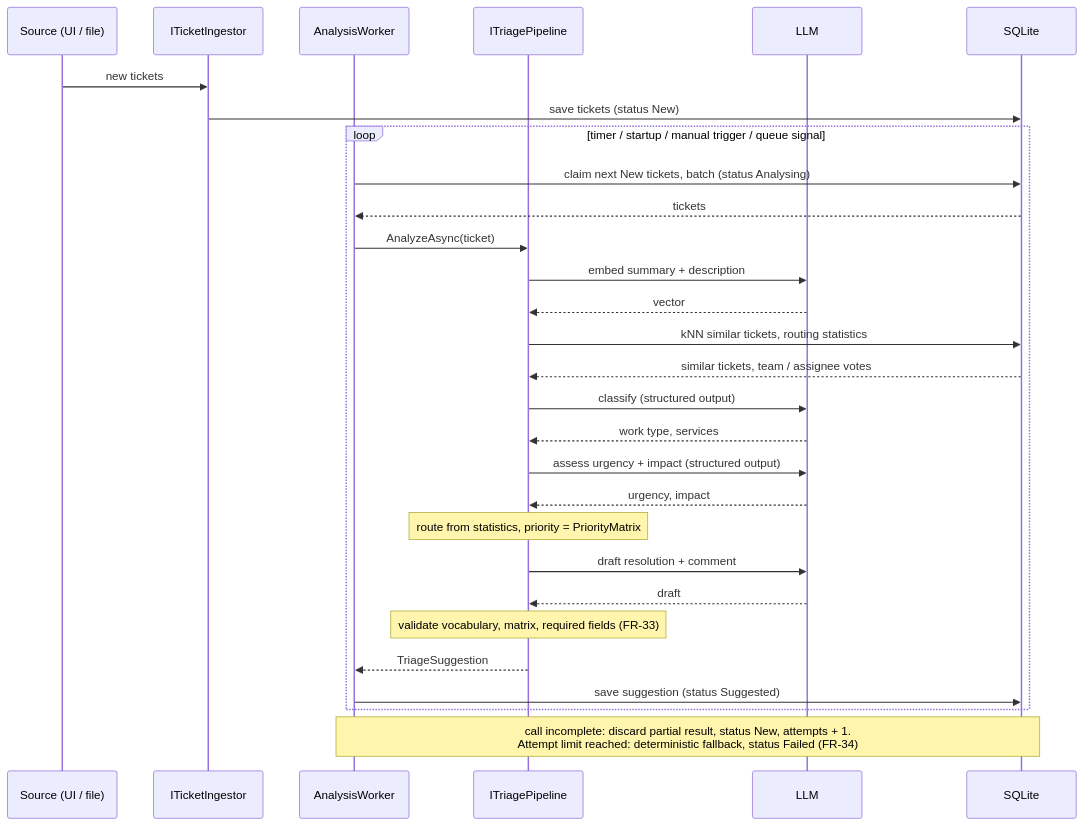
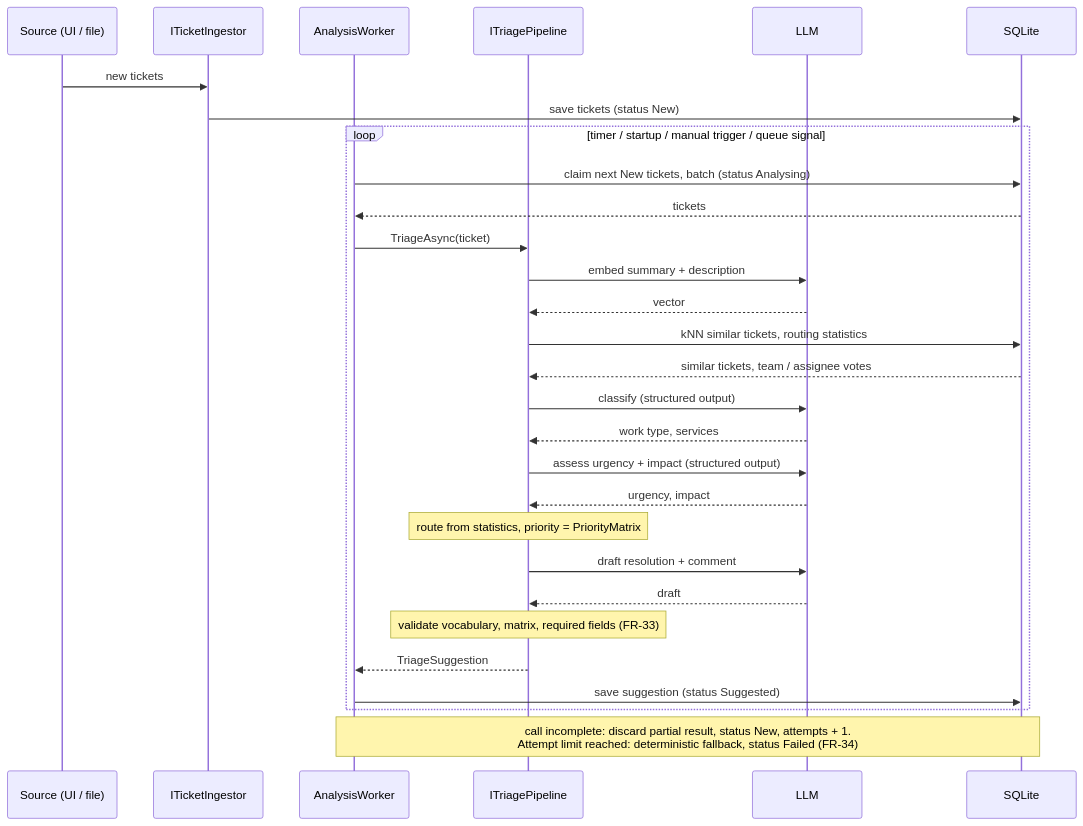
The sixth of 7 diagrams in docs/architecture.md (githubfawu/TriAIge), drawn with Mermaid before and after one commit. The commit also changed other lines of this file and 36 other files, not shown here.

````diff
--- a/docs/architecture.md
+++ b/docs/architecture.md
@@ -166,32 +168,32 @@
 ```mermaid
 sequenceDiagram
     participant S as Source (UI / file)
     participant I as ITicketIngestor
     participant W as AnalysisWorker
     participant P as ITriagePipeline
     participant L as LLM
     participant D as SQLite
 
     S->>I: new tickets
     I->>D: save tickets (status New)
     loop timer / startup / manual trigger / queue signal
         W->>D: claim next New tickets, batch (status Analysing)
         D-->>W: tickets
-        W->>P: AnalyzeAsync(ticket)
+        W->>P: TriageAsync(ticket)
         P->>L: embed summary + description
         L-->>P: vector
         P->>D: kNN similar tickets, routing statistics
         D-->>P: similar tickets, team / assignee votes
         P->>L: classify (structured output)
         L-->>P: work type, services
         P->>L: assess urgency + impact (structured output)
         L-->>P: urgency, impact
         Note over P: route from statistics, priority = PriorityMatrix
         P->>L: draft resolution + comment
         L-->>P: draft
         Note over P: validate vocabulary, matrix, required fields (FR-33)
         P-->>W: TriageSuggestion
         W->>D: save suggestion (status Suggested)
     end
     Note over W,D: call incomplete: discard partial result, status New, attempts + 1.<br/>Attempt limit reached: deterministic fallback, status Failed (FR-34)
 ```
````
